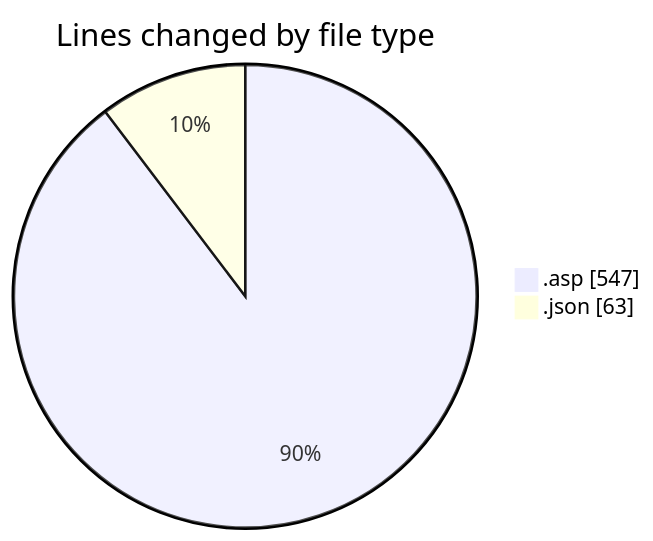
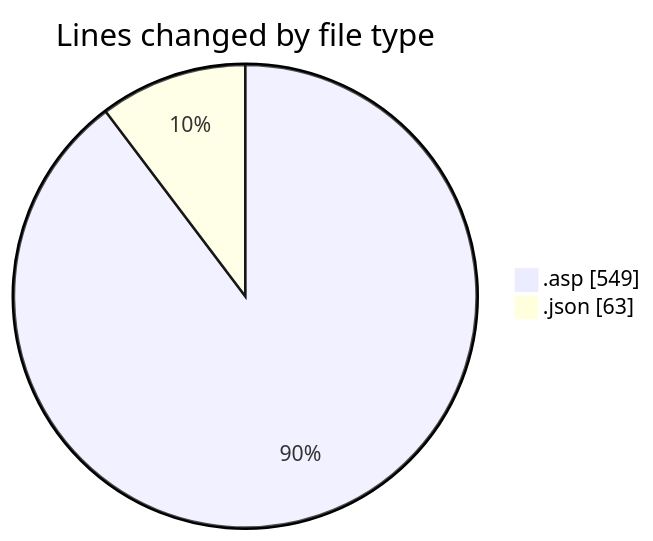
The first of 2 diagrams in 2025-10-20/usr_aleoudev_fr__workspace_/README.md (julien-gomy/code-tracking), drawn with Mermaid before and after one commit. The commit also changed other lines of this file and 1 other file, not shown here.

````diff
--- a/2025-10-20/usr_aleoudev_fr__workspace_/README.md
+++ b/2025-10-20/usr_aleoudev_fr__workspace_/README.md
@@ -22,6 +22,6 @@
 ```mermaid
 pie showData
 title Lines changed by file type
-".asp" : 547
+".asp" : 549
 ".json" : 63
 ```
````
